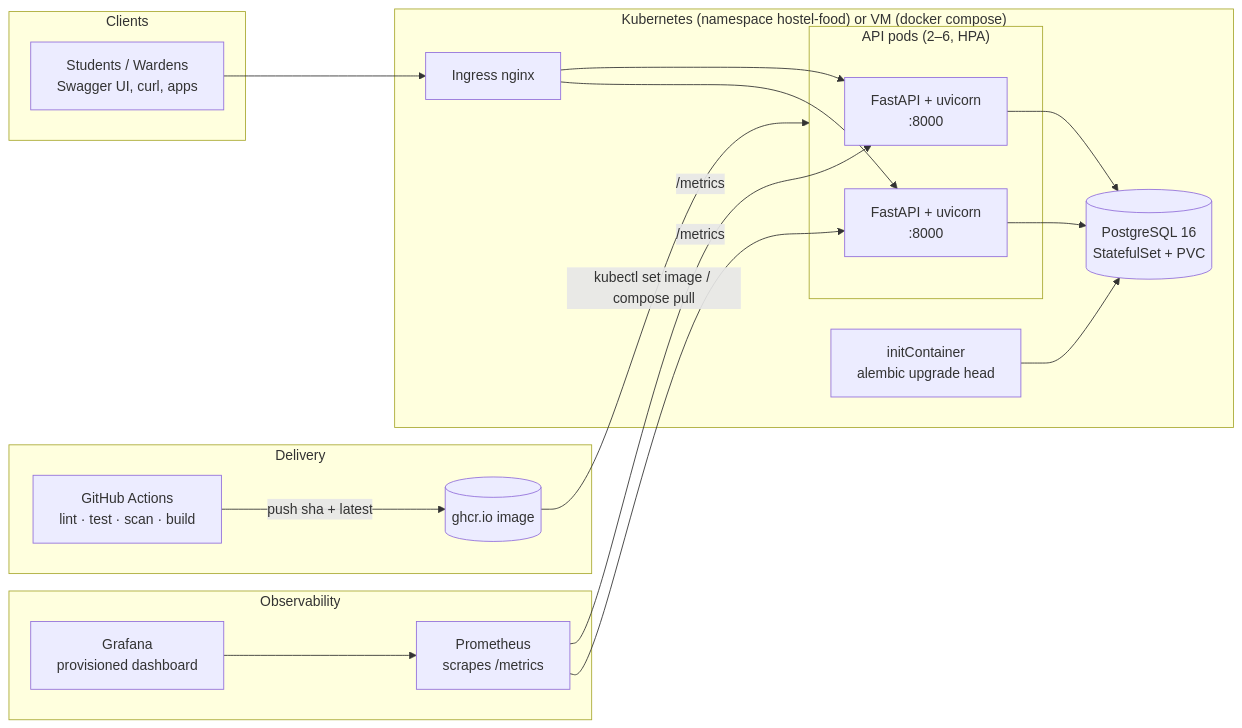
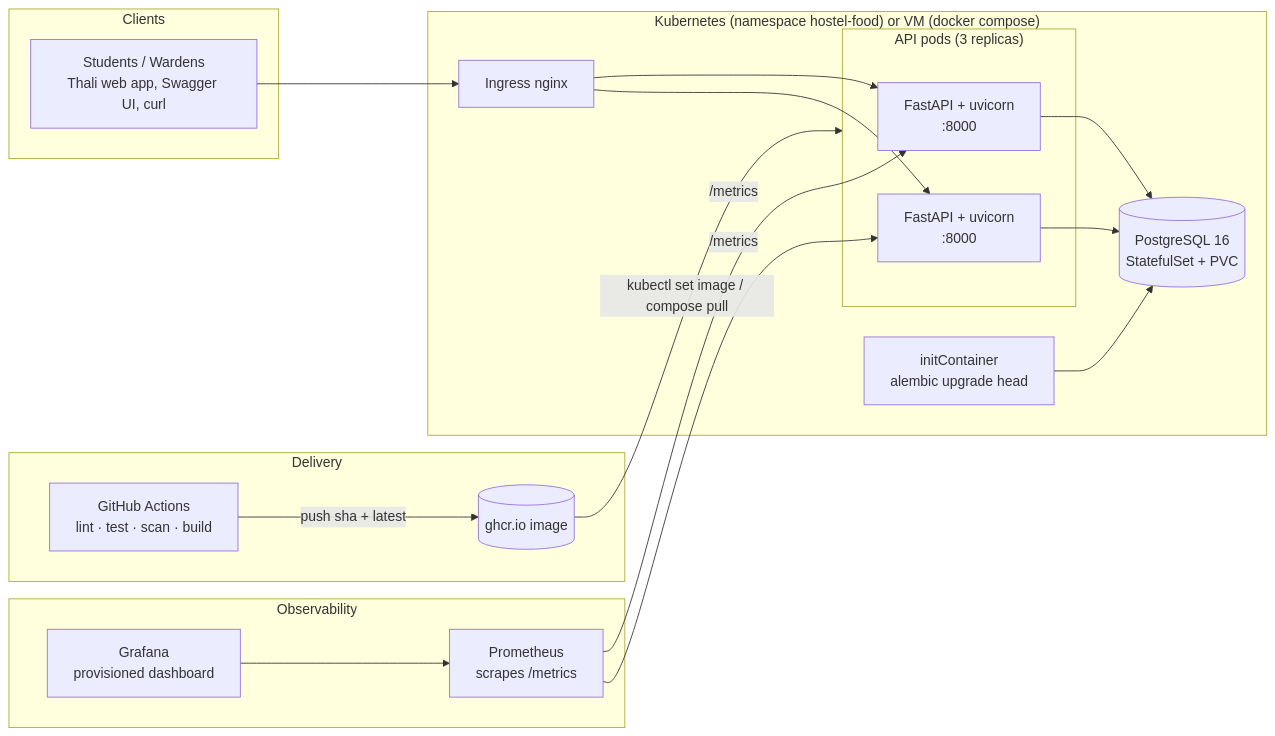
One commit to ramithnayak8/hostel-food-rating-api changed the diagram in README.md. Above: the diagram before and after it, drawn with Mermaid. The commit also changed other lines of this file and 3 other files, not shown here.

````diff
--- a/README.md
+++ b/README.md
@@ -37,34 +44,34 @@
 ```mermaid
 flowchart LR
     subgraph Clients
-        S[Students / Wardens<br/>Swagger UI, curl, apps]
+        S[Students / Wardens<br/>Thali web app, Swagger UI, curl]
     end
 
     subgraph Cluster["Kubernetes (namespace hostel-food) or VM (docker compose)"]
         ING[Ingress nginx]
-        subgraph API["API pods (2–6, HPA)"]
+        subgraph API["API pods (3 replicas)"]
             A1[FastAPI + uvicorn<br/>:8000]
             A2[FastAPI + uvicorn<br/>:8000]
         end
         MIG[initContainer<br/>alembic upgrade head]
         PG[(PostgreSQL 16<br/>StatefulSet + PVC)]
     end
 
     subgraph Observability
         PROM[Prometheus<br/>scrapes /metrics]
         GRAF[Grafana<br/>provisioned dashboard]
     end
 
     subgraph Delivery
         GH[GitHub Actions<br/>lint · test · scan · build]
         GHCR[(ghcr.io image)]
     end
 
     S --> ING --> A1 & A2
     A1 & A2 --> PG
     MIG --> PG
     PROM -->|/metrics| A1 & A2
     GRAF --> PROM
     GH -->|push sha + latest| GHCR
     GHCR -->|kubectl set image / compose pull| API
 ```
````
